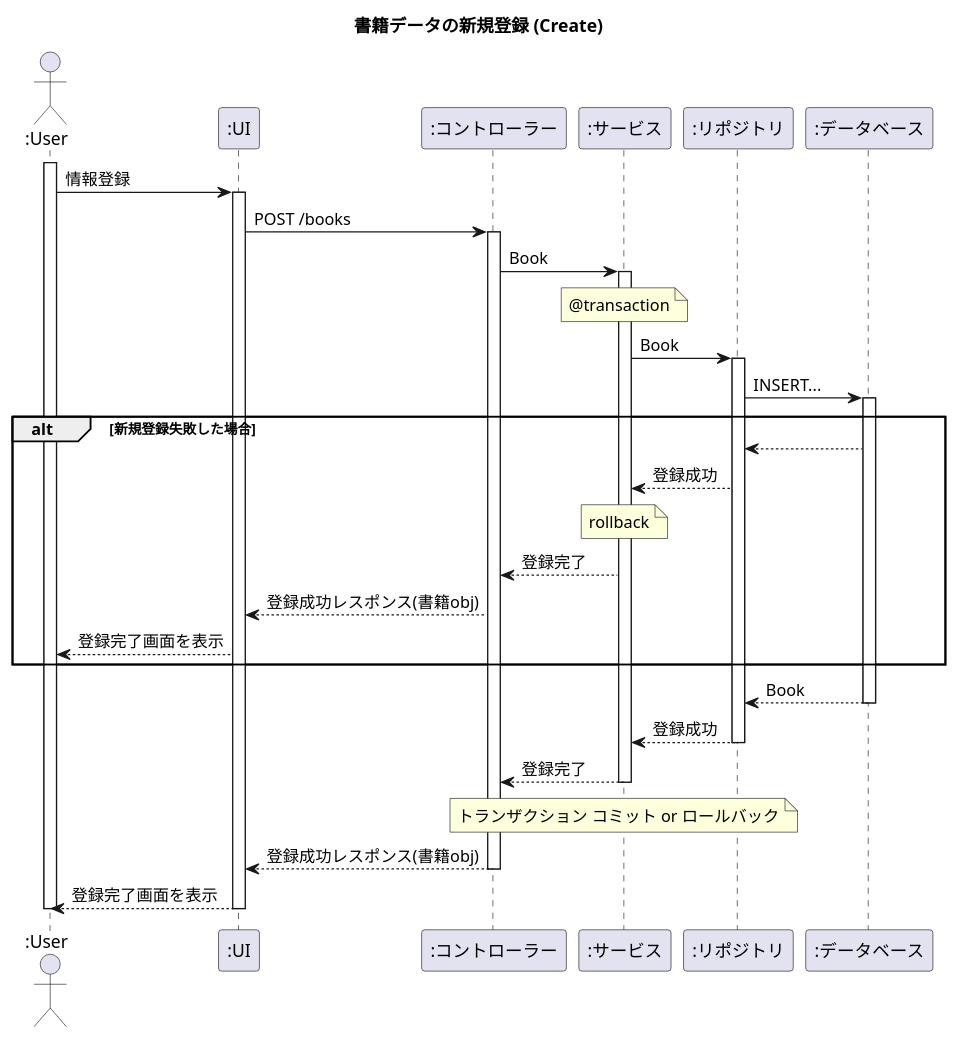
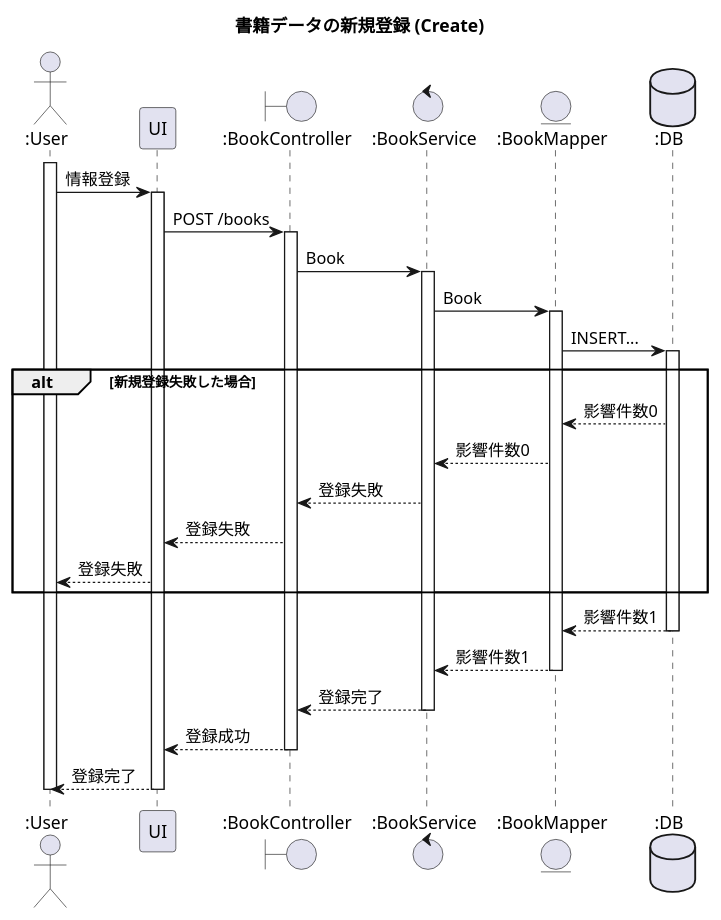
Before and after one commit to kien-ri/demo: the diagram in document/book/registerBook.puml, drawn with PlantUML. The commit also changed 10 other files, not shown here.

```diff
--- a/document/book/registerBook.puml
+++ b/document/book/registerBook.puml
@@ -1,37 +1,34 @@
 @startuml registerBook
 
 title 書籍データの新規登録 (Create)
 
 actor ":User" as User
-participant ":UI" as UI
-participant ":コントローラー" as Controller
-participant ":サービス" as Service
-participant ":リポジトリ" as Repo
-participant ":データベース" as DB
+participant "UI" as UI
+boundary ":BookController" as BookController
+control ":BookService" as BookService
+entity ":BookMapper" as BookMapper
+database ":DB" as DB
 
 activate User
 User -> UI ++ : 情報登録
-UI -> Controller ++ : POST /books
-Controller -> Service ++ : Book
-note over Service : @transaction
-Service -> Repo ++ : Book
-Repo -> DB ++ : INSERT...
+UI -> BookController ++ : POST /books
+BookController -> BookService ++ : Book
+BookService -> BookMapper ++ : Book
+BookMapper -> DB ++ : INSERT...
 
 alt 新規登録失敗した場合
-    DB --> Repo :
-    Repo --> Service : 登録成功
-    note over Service : rollback
-    Service --> Controller : 登録完了
-    Controller --> UI : 登録成功レスポンス(書籍obj)
-    UI --> User : 登録完了画面を表示
+    DB --> BookMapper : 影響件数0
+    BookMapper --> BookService : 影響件数0
+    BookService --> BookController : 登録失敗
+    BookController --> UI : 登録失敗
+    UI --> User : 登録失敗
 end
 
-DB --> Repo -- : Book
-Repo --> Service -- : 登録成功
-Service --> Controller -- : 登録完了
-note over Service : トランザクション コミット or ロールバック
-Controller --> UI -- : 登録成功レスポンス(書籍obj)
-UI --> User -- : 登録完了画面を表示
+DB --> BookMapper -- : 影響件数1
+BookMapper --> BookService -- : 影響件数1
+BookService --> BookController -- : 登録完了
+BookController --> UI -- : 登録成功
+UI --> User -- : 登録完了
 deactivate User
 
 @enduml
```
